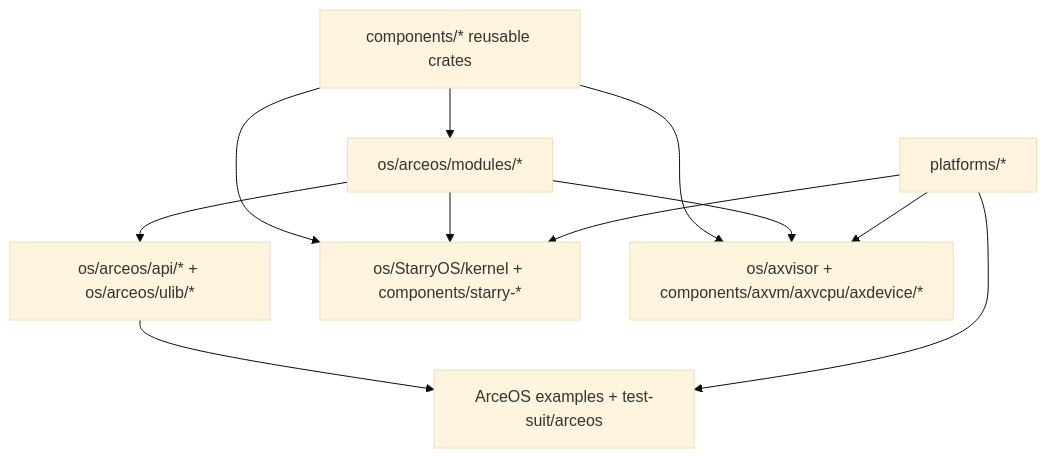
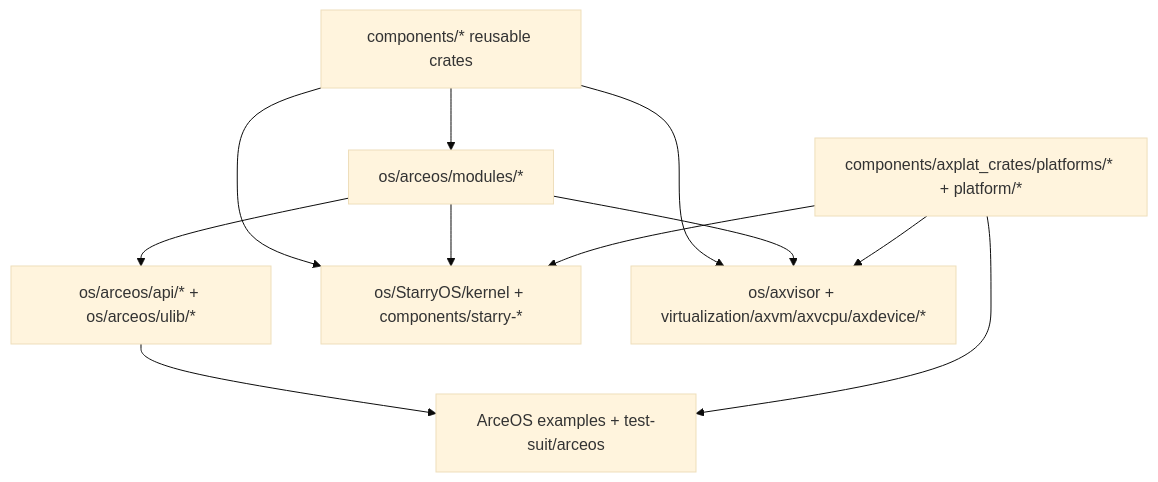
One commit to rcore-os/tgoskits changed the diagram in docs/docs/development/components.md. Above: the diagram before and after it, drawn with Mermaid (base theme). The commit also changed other lines of this file and 702 other files, not shown here.

````diff
--- a/docs/docs/development/components.md
+++ b/docs/docs/development/components.md
@@ -35,21 +35,21 @@
 ```mermaid
 flowchart TD
     ReusableCrate["components/* reusable crates"]
     ArceosModules["os/arceos/modules/*"]
     ArceosApi["os/arceos/api/* + os/arceos/ulib/*"]
     ArceosApps["ArceOS examples + test-suit/arceos"]
     StarryKernel["os/StarryOS/kernel + components/starry-*"]
-    AxvisorRuntime["os/axvisor + components/axvm/axvcpu/axdevice/*"]
-    PlatformCrates["platforms/*"]
+    AxvisorRuntime["os/axvisor + virtualization/axvm/axvcpu/axdevice/*"]
+    PlatformCrates["components/axplat_crates/platforms/* + platform/*"]
 
     ReusableCrate --> ArceosModules
     ArceosModules --> ArceosApi
     ArceosApi --> ArceosApps
     ReusableCrate --> StarryKernel
     ArceosModules --> StarryKernel
     ReusableCrate --> AxvisorRuntime
     ArceosModules --> AxvisorRuntime
     PlatformCrates --> ArceosApps
     PlatformCrates --> StarryKernel
     PlatformCrates --> AxvisorRuntime
 ```
````
